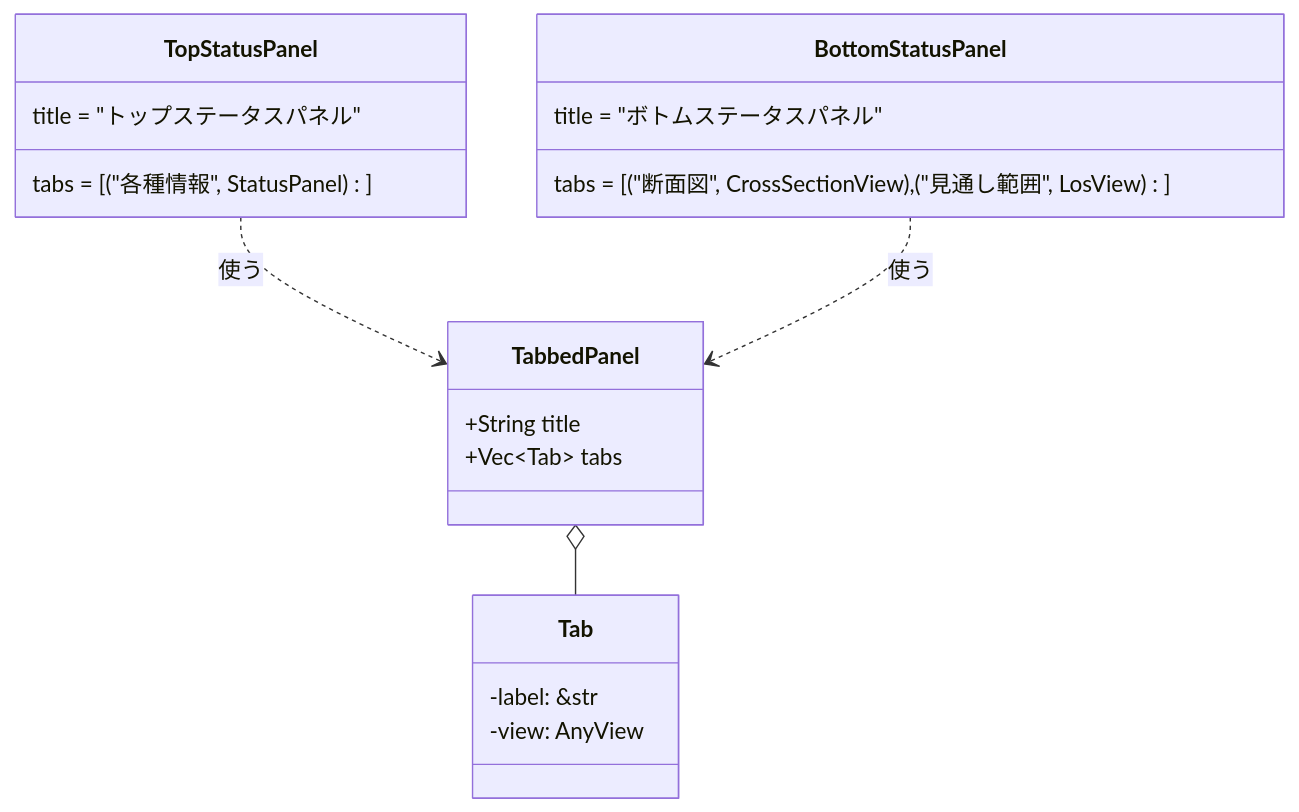
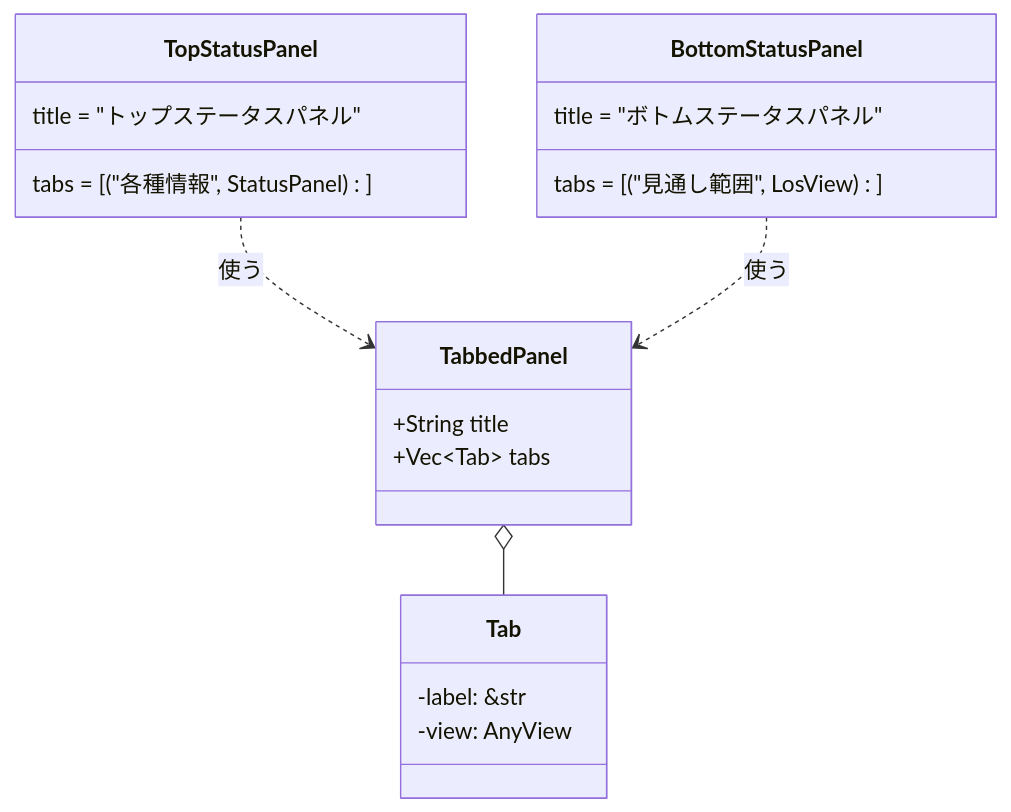
Diagram 15 of 16 in DETAILED_DESIGN.md (ham1a6/SimulationView), drawn with Mermaid before and after one commit. The commit also changed other lines of this file and 9 other files, not shown here.

First line of the commit message:
メインパネルの俯瞰/側面ボタンと、ボトムステータスパネルの断面図タブを削除

````diff
--- a/DETAILED_DESIGN.md
+++ b/DETAILED_DESIGN.md
@@ -1255,22 +1206,22 @@
 ```mermaid
 classDiagram
     class TabbedPanel {
         +String title
         +Vec~Tab~ tabs
     }
     class Tab {
         -label: &str
         -view: AnyView
     }
     class TopStatusPanel {
         title = "トップステータスパネル"
         tabs = [("各種情報", StatusPanel)]
     }
     class BottomStatusPanel {
         title = "ボトムステータスパネル"
-        tabs = [("断面図", CrossSectionView), ("見通し範囲", LosView)]
+        tabs = [("見通し範囲", LosView)]
     }
     TabbedPanel o-- Tab
     TopStatusPanel ..> TabbedPanel : 使う
     BottomStatusPanel ..> TabbedPanel : 使う
 ```
````
